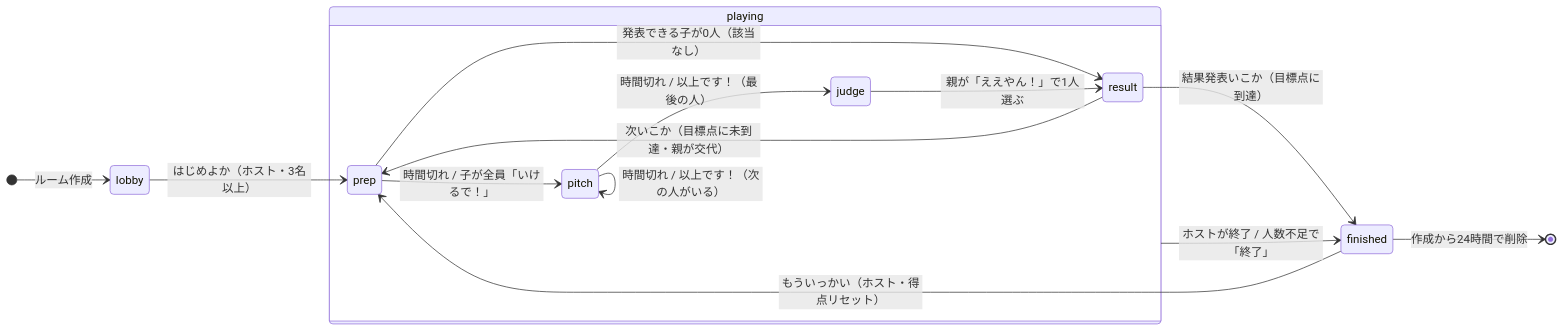
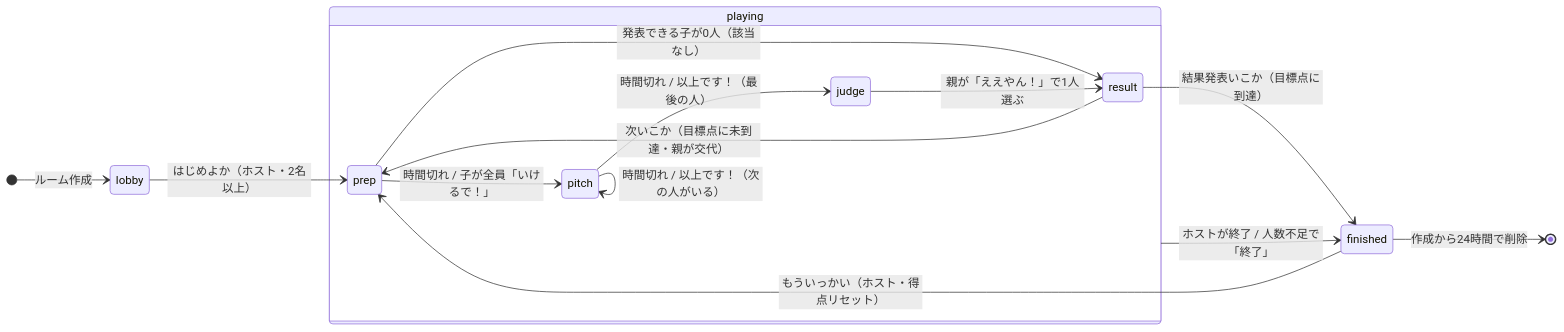
One commit to yuudai0317/eeyan changed the diagram in docs/state-machine.md. Above: the diagram before and after it, drawn with Mermaid. The commit also changed 12 other files, not shown here.

````diff
--- a/docs/state-machine.md
+++ b/docs/state-machine.md
@@ -7,21 +7,21 @@
 ```mermaid
 stateDiagram-v2
     direction LR
     [*] --> lobby: ルーム作成
 
-    lobby --> prep: はじめよか（ホスト・3名以上）
+    lobby --> prep: はじめよか（ホスト・2名以上）
 
     state playing {
         prep --> pitch: 時間切れ / 子が全員「いけるで！」
         prep --> result: 発表できる子が0人（該当なし）
         pitch --> pitch: 時間切れ / 以上です！（次の人がいる）
         pitch --> judge: 時間切れ / 以上です！（最後の人）
         judge --> result: 親が「ええやん！」で1人選ぶ
         result --> prep: 次いこか（目標点に未到達・親が交代）
     }
 
     result --> finished: 結果発表いこか（目標点に到達）
     playing --> finished: ホストが終了 / 人数不足で「終了」
     finished --> prep: もういっかい（ホスト・得点リセット）
     finished --> [*]: 作成から24時間で削除
 ```
````
